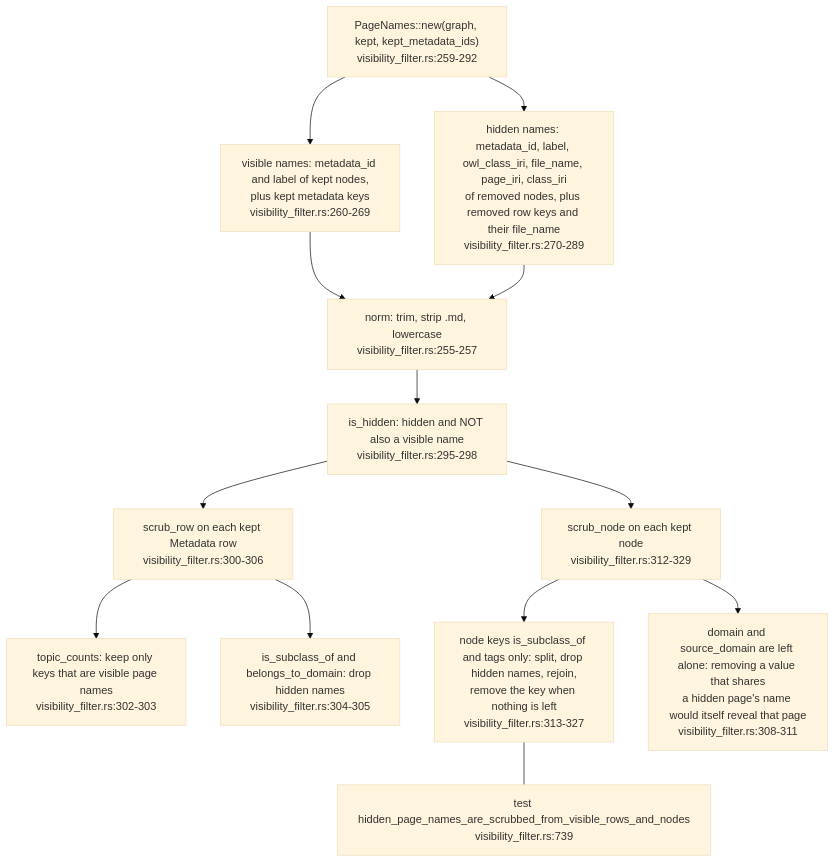
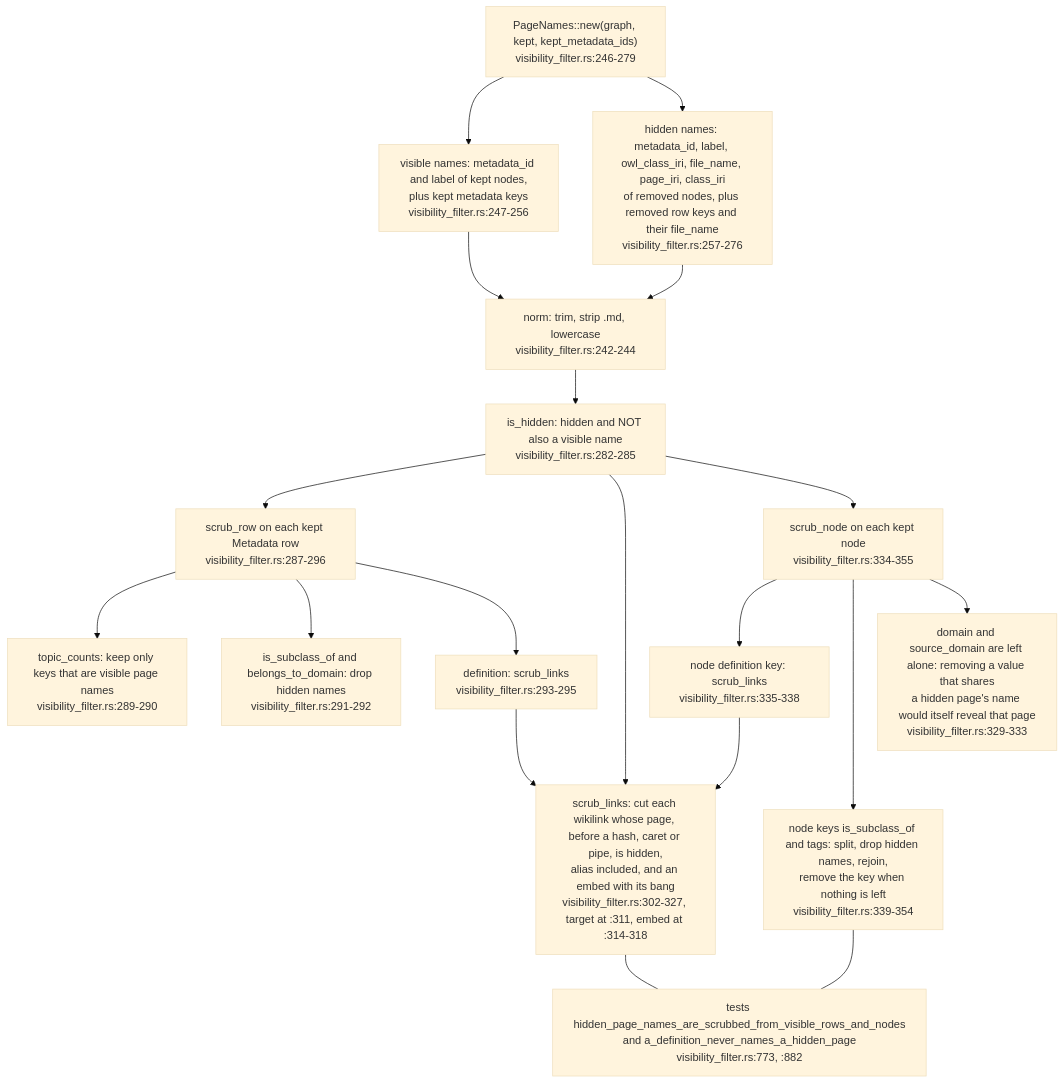
One commit to DreamLab-AI/VisionFlow changed the second of 7 diagrams in docs/diagrams/visionclaw/19-visibility-gate-and-metadata-scrub.md. Above: the diagram before and after it, drawn with Mermaid (base theme). The commit also changed other lines of this file and 46 other files, not shown here.

Commit message:
docs(diagrams): re-verify VisionClaw topics at 809a859aa/a950f4d80 after the consolidation pass

````diff
--- a/docs/diagrams/visionclaw/19-visibility-gate-and-metadata-scrub.md
+++ b/docs/diagrams/visionclaw/19-visibility-gate-and-metadata-scrub.md
@@ -83,16 +92,22 @@
 ```mermaid
 flowchart TB
-    PN["PageNames::new(graph, kept, kept_metadata_ids)<br/>visibility_filter.rs:259-292"] --> VIS["visible names: metadata_id and label of kept nodes,<br/>plus kept metadata keys<br/>visibility_filter.rs:260-269"]
-    PN --> HID["hidden names: metadata_id, label, owl_class_iri, file_name, page_iri, class_iri<br/>of removed nodes, plus removed row keys and their file_name<br/>visibility_filter.rs:270-289"]
-    VIS --> NORM["norm: trim, strip .md, lowercase<br/>visibility_filter.rs:255-257"]
+    PN["PageNames::new(graph, kept, kept_metadata_ids)<br/>visibility_filter.rs:246-279"] --> VIS["visible names: metadata_id and label of kept nodes,<br/>plus kept metadata keys<br/>visibility_filter.rs:247-256"]
+    PN --> HID["hidden names: metadata_id, label, owl_class_iri, file_name, page_iri, class_iri<br/>of removed nodes, plus removed row keys and their file_name<br/>visibility_filter.rs:257-276"]
+    VIS --> NORM["norm: trim, strip .md, lowercase<br/>visibility_filter.rs:242-244"]
     HID --> NORM
-    NORM --> ISH["is_hidden: hidden and NOT also a visible name<br/>visibility_filter.rs:295-298"]
-    ISH --> ROW["scrub_row on each kept Metadata row<br/>visibility_filter.rs:300-306"]
-    ROW --> R1["topic_counts: keep only keys that are visible page names<br/>visibility_filter.rs:302-303"]
-    ROW --> R2["is_subclass_of and belongs_to_domain: drop hidden names<br/>visibility_filter.rs:304-305"]
-    ISH --> NODE["scrub_node on each kept node<br/>visibility_filter.rs:312-329"]
-    NODE --> K1["node keys is_subclass_of and tags only: split, drop hidden names, rejoin,<br/>remove the key when nothing is left<br/>visibility_filter.rs:313-327"]
-    NODE --> K2["domain and source_domain are left alone: removing a value that shares<br/>a hidden page's name would itself reveal that page<br/>visibility_filter.rs:308-311"]
-    T["test hidden_page_names_are_scrubbed_from_visible_rows_and_nodes<br/>visibility_filter.rs:739"]
+    NORM --> ISH["is_hidden: hidden and NOT also a visible name<br/>visibility_filter.rs:282-285"]
+    ISH --> ROW["scrub_row on each kept Metadata row<br/>visibility_filter.rs:287-296"]
+    ROW --> R1["topic_counts: keep only keys that are visible page names<br/>visibility_filter.rs:289-290"]
+    ROW --> R2["is_subclass_of and belongs_to_domain: drop hidden names<br/>visibility_filter.rs:291-292"]
+    ROW --> R3["definition: scrub_links<br/>visibility_filter.rs:293-295"]
+    ISH --> SL["scrub_links: cut each wikilink whose page, before a hash, caret or pipe, is hidden,<br/>alias included, and an embed with its bang<br/>visibility_filter.rs:302-327, target at :311, embed at :314-318"]
+    R3 --> SL
+    ISH --> NODE["scrub_node on each kept node<br/>visibility_filter.rs:334-355"]
+    NODE --> K0["node definition key: scrub_links<br/>visibility_filter.rs:335-338"]
+    K0 --> SL
+    NODE --> K1["node keys is_subclass_of and tags: split, drop hidden names, rejoin,<br/>remove the key when nothing is left<br/>visibility_filter.rs:339-354"]
+    NODE --> K2["domain and source_domain are left alone: removing a value that shares<br/>a hidden page's name would itself reveal that page<br/>visibility_filter.rs:329-333"]
+    T["tests hidden_page_names_are_scrubbed_from_visible_rows_and_nodes<br/>and a_definition_never_names_a_hidden_page<br/>visibility_filter.rs:773, :882"]
     K1 --- T
+    SL --- T
 ```
````
